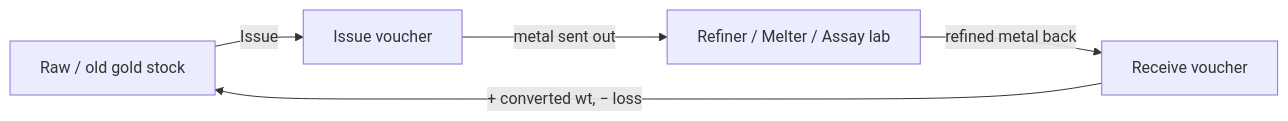
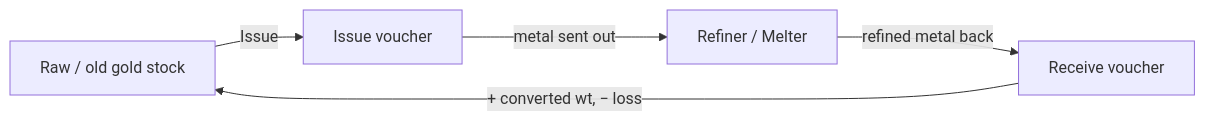
Before and after one commit to baidshryans/GarmentsERP: the seventh of 17 diagrams in docs/USER_MANUAL.md, drawn with Mermaid. The commit also changed other lines of this file and 19 other files, not shown here.

````diff
--- a/docs/USER_MANUAL.md
+++ b/docs/USER_MANUAL.md
@@ -994,7 +984,7 @@
 ```mermaid
 flowchart LR
     S[Raw / old gold stock] -->|Issue| I[Issue voucher]
-    I -->|metal sent out| H[Refiner / Melter / Assay lab]
+    I -->|metal sent out| H[Refiner / Melter]
     H -->|refined metal back| R[Receive voucher]
     R -->|+ converted wt, − loss| S
 ```
````
